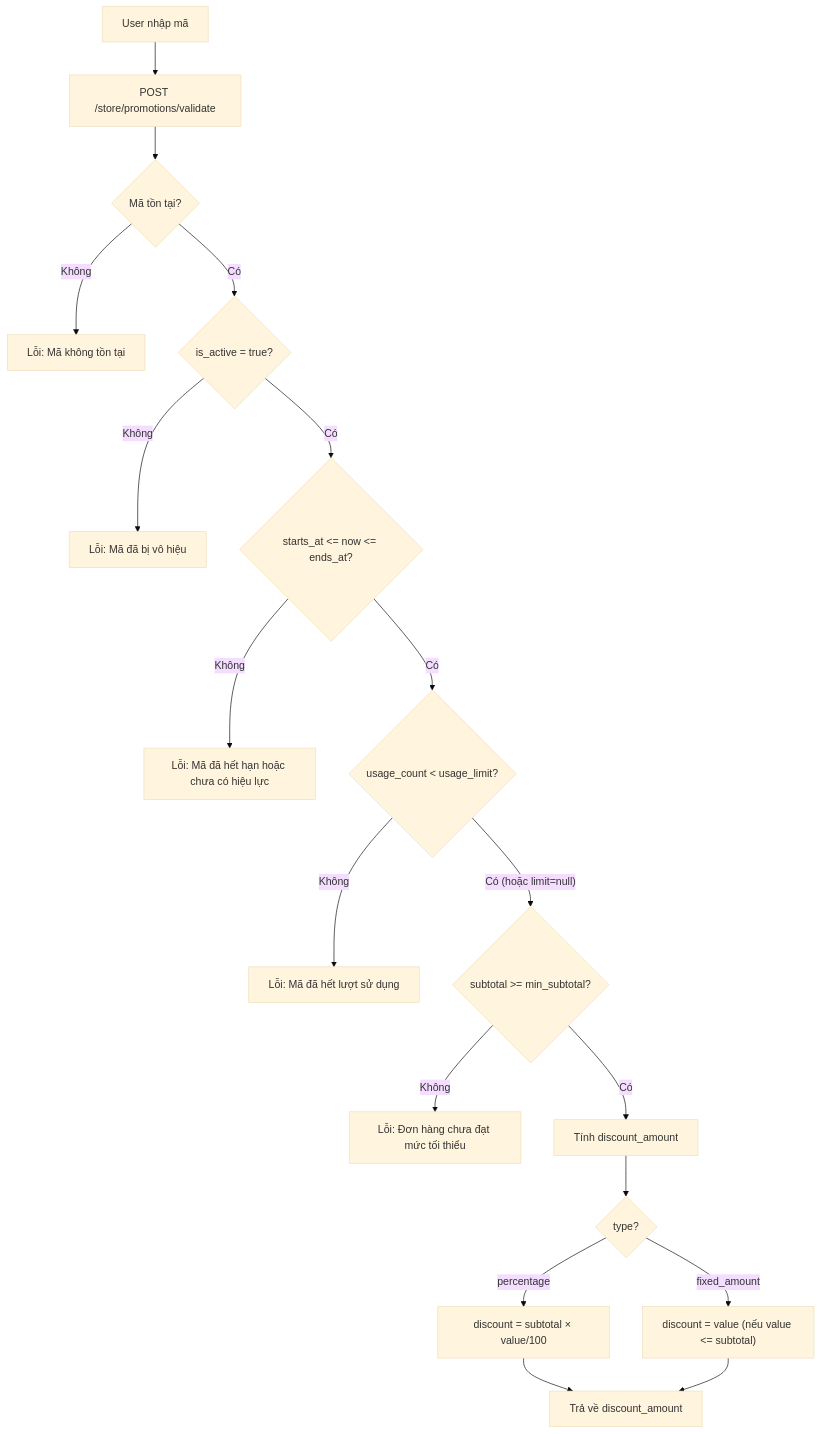
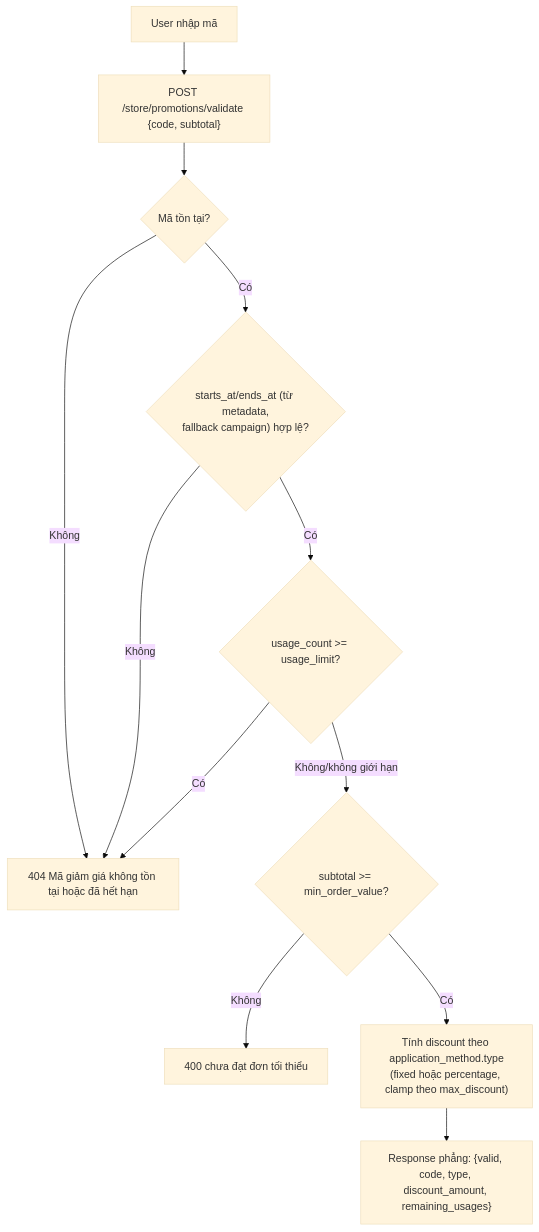
The second of 3 diagrams in docs/06-marketing/README.md (pathust/mong.fruitboxz), drawn with Mermaid (base theme) before and after one commit. The commit also changed other lines of this file, not shown here.

````diff
--- a/docs/06-marketing/README.md
+++ b/docs/06-marketing/README.md
@@ -80,20 +63,14 @@
 ```mermaid
 flowchart TD
-    A[User nhập mã] --> B[POST /store/promotions/validate]
+    A[User nhập mã] --> B["POST /store/promotions/validate {code, subtotal}"]
     B --> C{Mã tồn tại?}
-    C -- Không --> D["Lỗi: Mã không tồn tại"]
-    C -- Có --> E{is_active = true?}
-    E -- Không --> F["Lỗi: Mã đã bị vô hiệu"]
-    E -- Có --> G{starts_at <= now <= ends_at?}
-    G -- Không --> H["Lỗi: Mã đã hết hạn hoặc chưa có hiệu lực"]
-    G -- Có --> I{usage_count < usage_limit?}
-    I -- Không --> J["Lỗi: Mã đã hết lượt sử dụng"]
-    I -- Có (hoặc limit=null) --> K{subtotal >= min_subtotal?}
-    K -- Không --> L["Lỗi: Đơn hàng chưa đạt mức tối thiểu"]
-    K -- Có --> M[Tính discount_amount]
-    M --> N{type?}
-    N -- percentage --> O["discount = subtotal × value/100"]
-    N -- fixed_amount --> P["discount = value (nếu value <= subtotal)"]
-    O --> Q[Trả về discount_amount]
-    P --> Q
+    C -- Không --> D["404 Mã giảm giá không tồn tại hoặc đã hết hạn"]
+    C -- Có --> E{"starts_at/ends_at (từ metadata,\nfallback campaign) hợp lệ?"}
+    E -- Không --> D
+    E -- Có --> F{usage_count >= usage_limit?}
+    F -- Có --> D
+    F -- Không/không giới hạn --> G{subtotal >= min_order_value?}
+    G -- Không --> H["400 chưa đạt đơn tối thiểu"]
+    G -- Có --> I["Tính discount theo application_method.type\n(fixed hoặc percentage, clamp theo max_discount)"]
+    I --> J["Response phẳng: {valid, code, type, discount_amount, remaining_usages}"]
 ```
````
